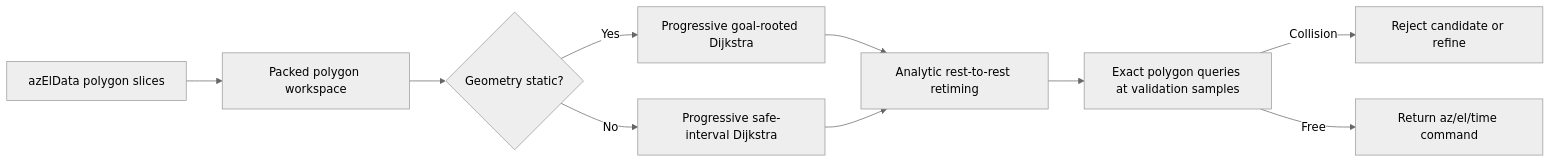
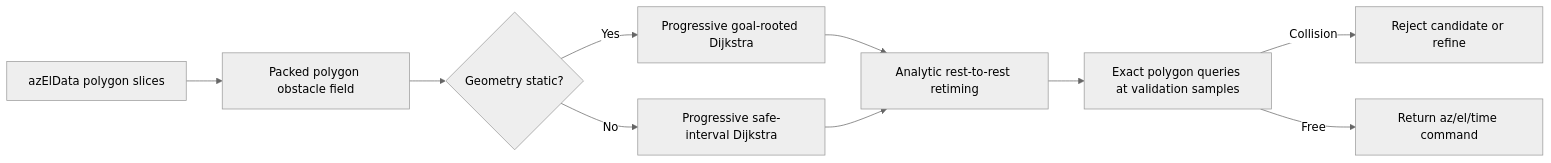
One commit to kevvtrinh/orekitWithMatlab changed the diagram in standalone/azElAvoidance/docs/DIJKSTRA_PLANNER.md. Above: the diagram before and after it, drawn with Mermaid (neutral theme). The commit also changed other lines of this file and 34 other files, not shown here.

````diff
--- a/standalone/azElAvoidance/docs/DIJKSTRA_PLANNER.md
+++ b/standalone/azElAvoidance/docs/DIJKSTRA_PLANNER.md
@@ -38,12 +38,12 @@
 ```mermaid
 flowchart LR
-    A["azElData polygon slices"] --> B["Packed polygon workspace"]
+    A["azElData polygon slices"] --> B["Packed polygon obstacle field"]
     B --> C{"Geometry static?"}
     C -->|Yes| D["Progressive goal-rooted Dijkstra"]
     C -->|No| E["Progressive safe-interval Dijkstra"]
     D --> F["Analytic rest-to-rest retiming"]
     E --> F
     F --> G["Exact polygon queries at validation samples"]
     G -->|Collision| H["Reject candidate or refine"]
     G -->|Free| I["Return az/el/time command"]
 ```
````
